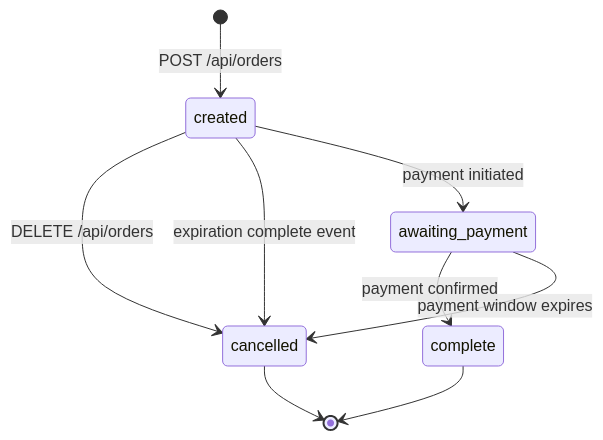
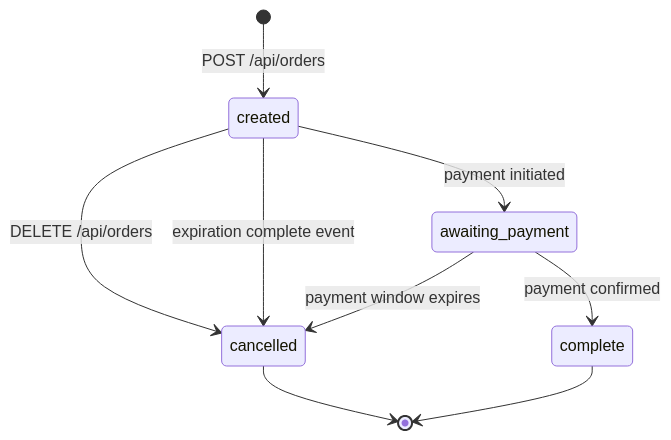
One commit to haryati75/microservices-2-ticketing changed the sixth of 6 diagrams in EVENTS.md. Above: the diagram before and after it, drawn with Mermaid. The commit also changed other lines of this file and 2 other files, not shown here.

````diff
--- a/EVENTS.md
+++ b/EVENTS.md
@@ -364,11 +364,11 @@
 ```mermaid
 stateDiagram-v2
     [*] --> created : POST /api/orders
   created --> cancelled : DELETE /api/orders
   created --> cancelled : expiration complete event
     created --> awaiting_payment : payment initiated
+    awaiting_payment --> cancelled : payment window expires
     awaiting_payment --> complete : payment confirmed
-    awaiting_payment --> cancelled : payment window expires
     complete --> [*]
     cancelled --> [*]
 ```
````
